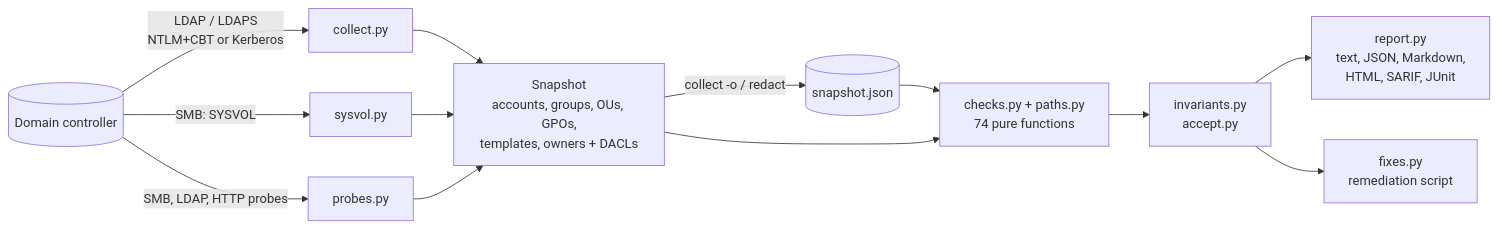
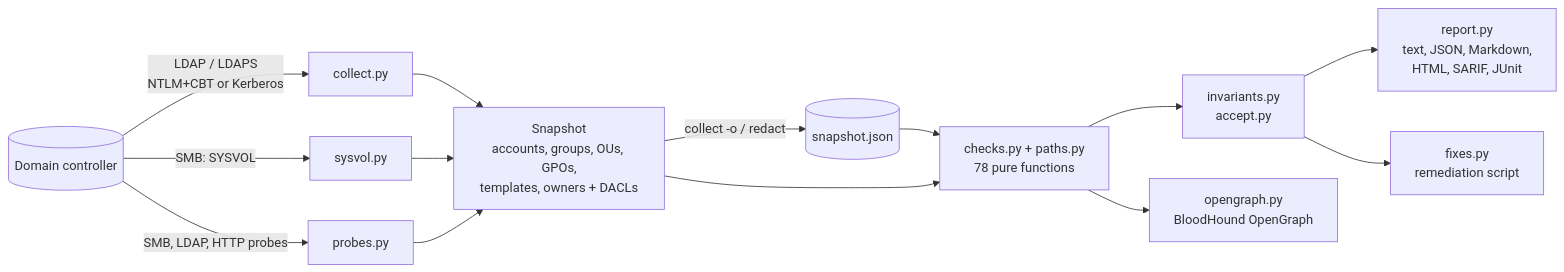
Before and after one commit to brkozer/ad-doctor: the diagram in README.md, drawn with Mermaid. The commit also changed other lines of this file and 22 other files, not shown here.

Commit message:
feat: probe every DC, Exchange and Entra Connect checks, BloodHound OpenGraph export, scale benchmark, contributor docs

````diff
--- a/README.md
+++ b/README.md
@@ -230,15 +255,16 @@
 ```mermaid
 flowchart LR
     DC[(Domain controller)] -- "LDAP / LDAPS<br/>NTLM+CBT or Kerberos" --> C[collect.py]
     DC -- "SMB: SYSVOL" --> V[sysvol.py]
     DC -- "SMB, LDAP, HTTP probes" --> P[probes.py]
     C --> S[Snapshot<br/>accounts, groups, OUs, GPOs,<br/>templates, owners + DACLs]
     V --> S
     P --> S
     S -- "collect -o / redact" --> F[(snapshot.json)]
     F --> A
-    S --> A[checks.py + paths.py<br/>74 pure functions]
+    S --> A[checks.py + paths.py<br/>78 pure functions]
     A --> I[invariants.py<br/>accept.py]
     I --> R[report.py<br/>text, JSON, Markdown,<br/>HTML, SARIF, JUnit]
     I --> X[fixes.py<br/>remediation script]
+    A --> O[opengraph.py<br/>BloodHound OpenGraph]
 ```
````
